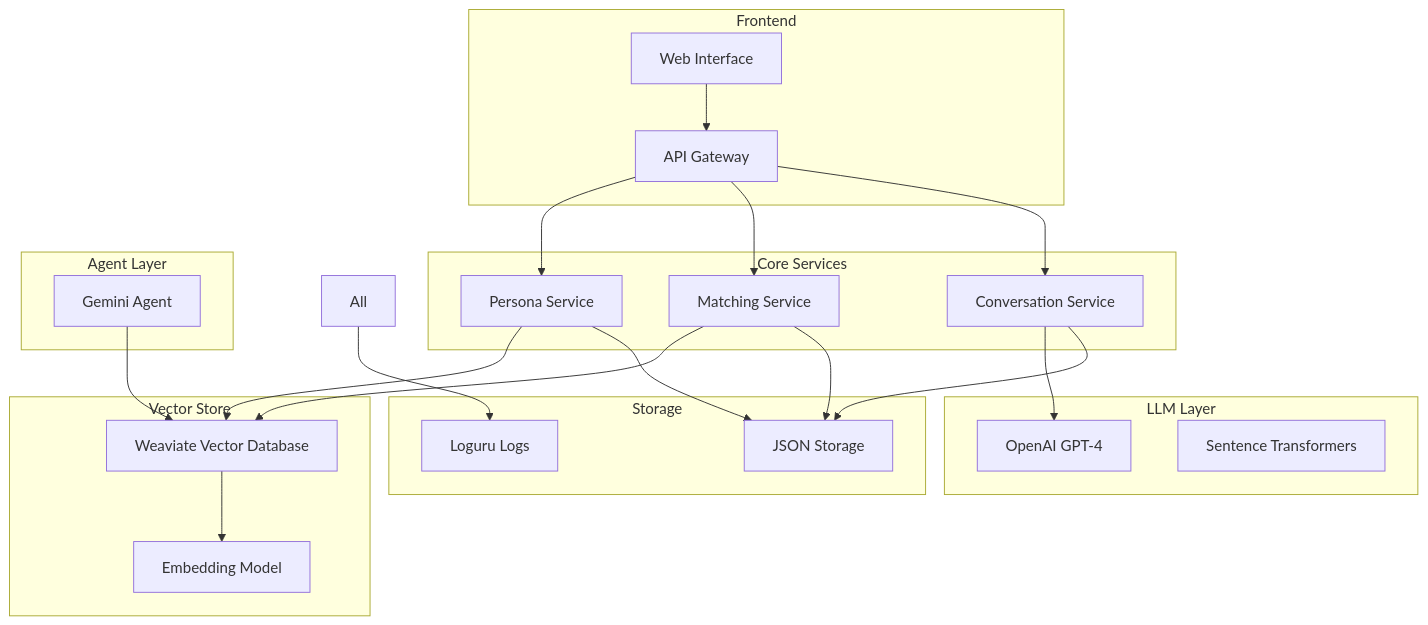
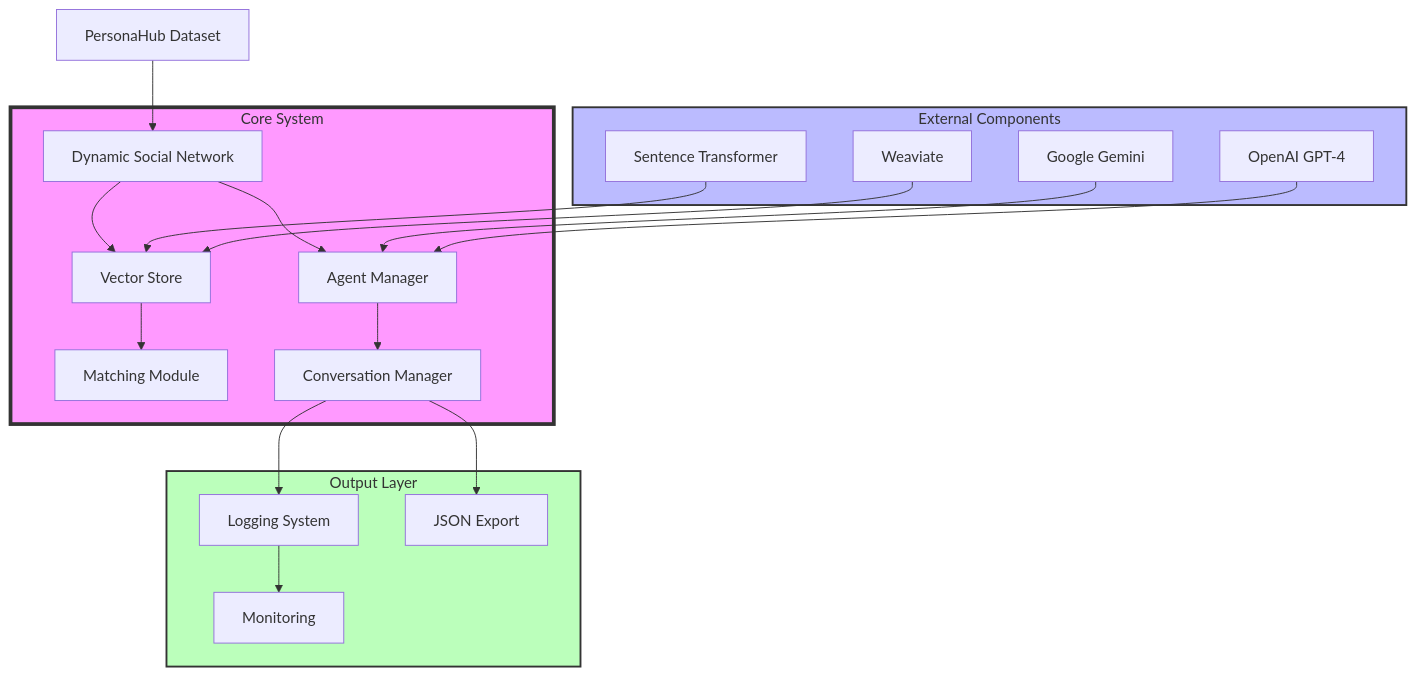
One commit to The-Swarm-Corporation/Mryaid changed the diagram in README.md. Above: the diagram before and after it, drawn with Mermaid. The commit also changed other lines of this file and 1 other file, not shown here.

````diff
--- a/README.md
+++ b/README.md
@@ -24,42 +28,28 @@
 ```mermaid
-graph TB
-    subgraph Frontend
-        UI[Web Interface]
-        API[API Gateway]
+flowchart TD
+    PH[PersonaHub Dataset] --> DSN[Dynamic Social Network]
+    
+    subgraph Core["Core System"]
+        DSN --> VS[Vector Store]
+        DSN --> AM[Agent Manager]
+        VS --> MM[Matching Module]
+        AM --> CM[Conversation Manager]
     end
 
-    subgraph Core Services
-        PS[Persona Service]
-        MS[Matching Service]
-        CS[Conversation Service]
+    subgraph Components["External Components"]
+        ST[Sentence Transformer] --> VS
+        WV[Weaviate] --> VS
+        GM[Google Gemini] --> AM
+        OAI[OpenAI GPT-4] --> AM
     end
 
-    subgraph Vector Store
-        WD[Weaviate Vector Database]
-        EM[Embedding Model]
+    subgraph Outputs["Output Layer"]
+        CM --> LOG[Logging System]
+        CM --> EXP[JSON Export]
+        LOG --> MON[Monitoring]
     end
 
-    subgraph LLM Layer
-        LLM[OpenAI GPT-4]
-        ST[Sentence Transformers]
-    end
-
-    subgraph Agent Layer
-        G[Gemini Agent]
-    end
-
-    subgraph Storage
-        JSON[JSON Storage]
-        Logs[Loguru Logs]
-    end
-
-    UI --> API
-    API --> PS & MS & CS
-    PS --> WD
-    MS --> WD
-    WD --> EM
-    CS --> LLM
-    PS & MS & CS --> JSON
-    G --> WD
-    All --> Logs
+    style Core fill:#f9f,stroke:#333,stroke-width:4px
+    style Components fill:#bbf,stroke:#333,stroke-width:2px
+    style Outputs fill:#bfb,stroke:#333,stroke-width:2px
 ```
````
